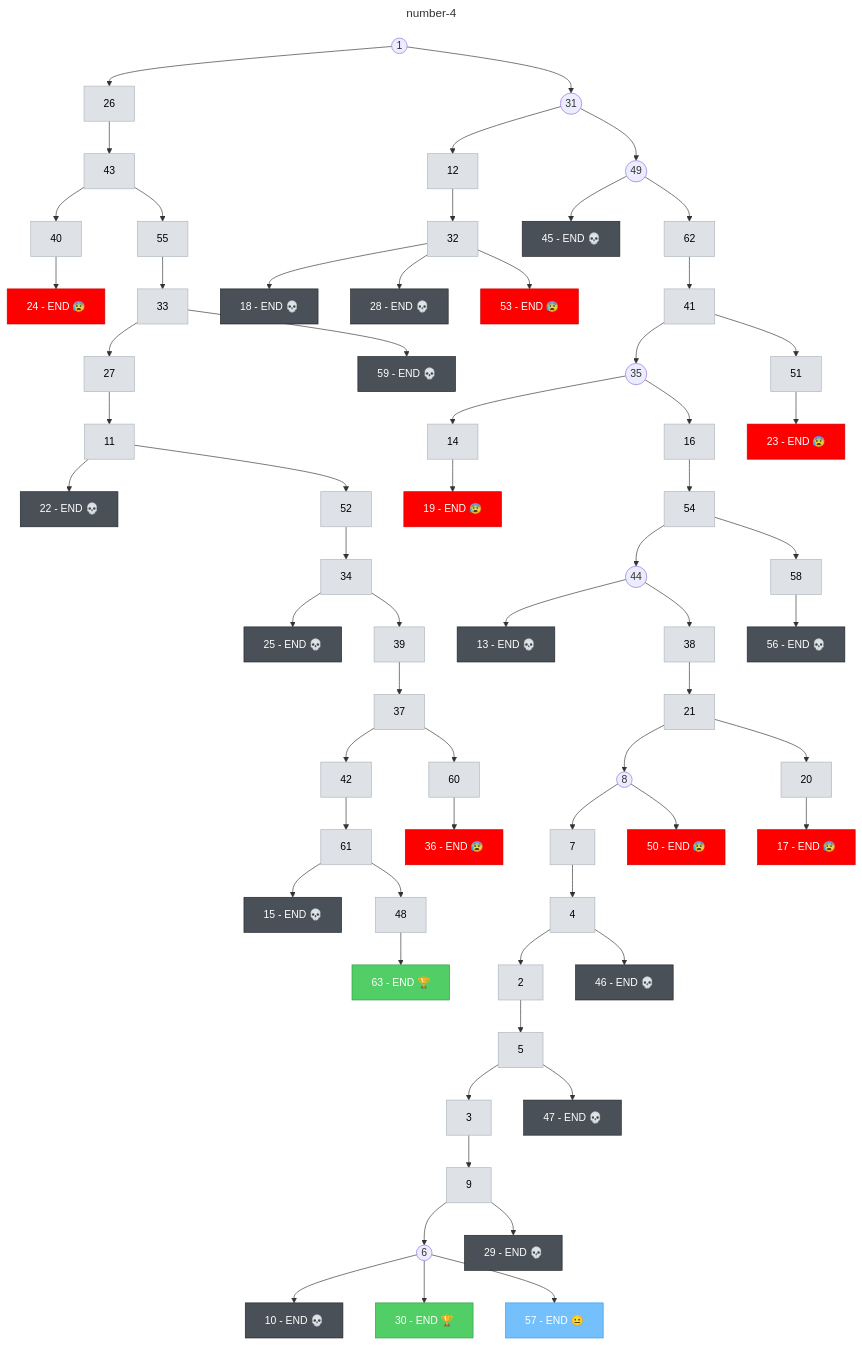
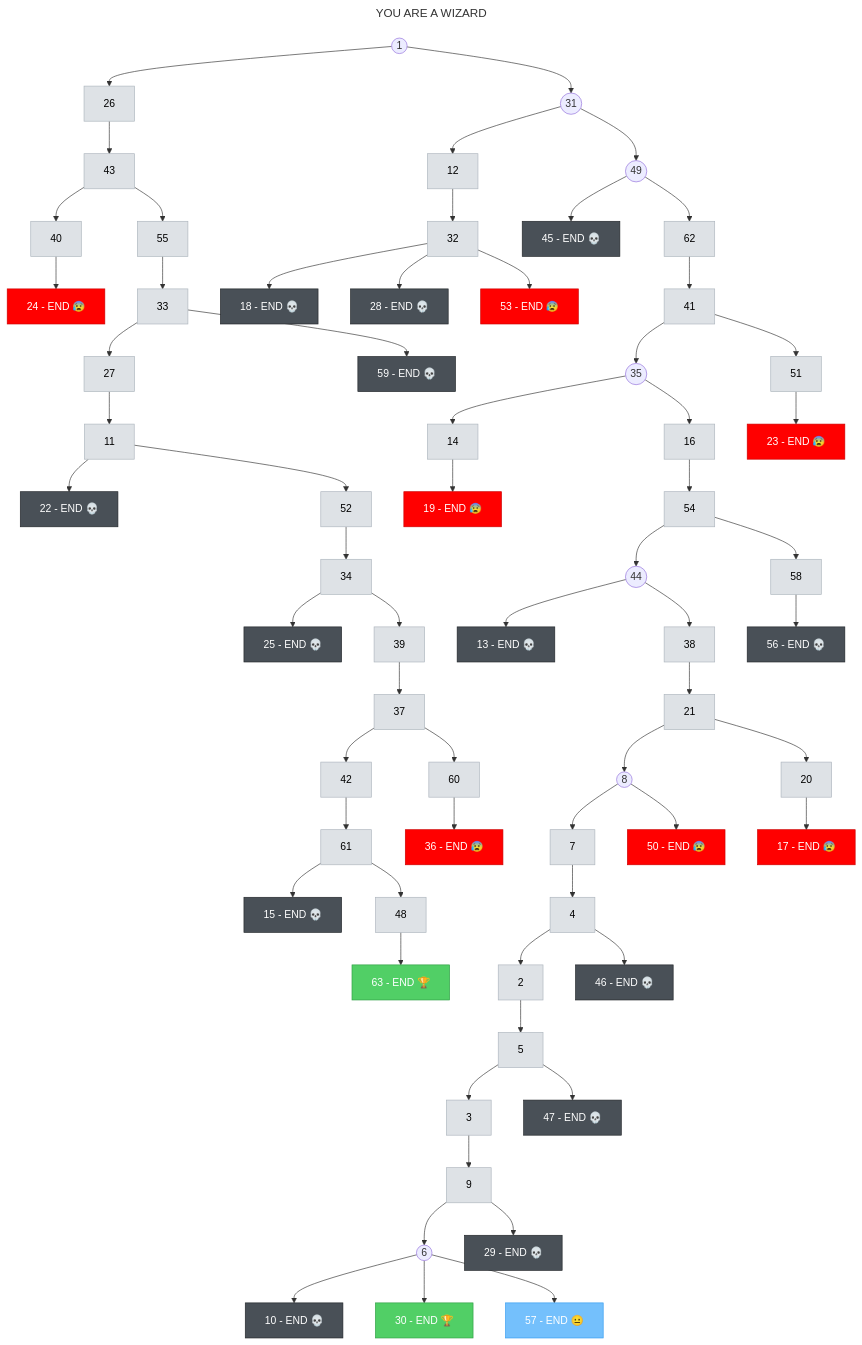
The diagram in number-4/output/structure.mmd (nicodevs/can-claude-code-write-a-good-choose-your-own-adventure-book), drawn with Mermaid before and after one commit. The commit also changed 3 other files, not shown here.

Commit message:
Show book title in Mermaid files

```diff
--- a/number-4/output/structure.mmd
+++ b/number-4/output/structure.mmd
@@ -1,141 +1,141 @@
 ---
-title: number-4
+title: YOU ARE A WIZARD
 ---
 flowchart TD
     1((1))
     2[2]:::transition
     3[3]:::transition
     4[4]:::transition
     5[5]:::transition
     6((6))
     7[7]:::transition
     8((8))
     9[9]:::transition
     10[10 - END 💀]:::death
     11[11]:::transition
     12[12]:::transition
     13[13 - END 💀]:::death
     14[14]:::transition
     15[15 - END 💀]:::death
     16[16]:::transition
     17[17 - END 😰]:::bad
     18[18 - END 💀]:::death
     19[19 - END 😰]:::bad
     20[20]:::transition
     21[21]:::transition
     22[22 - END 💀]:::death
     23[23 - END 😰]:::bad
     24[24 - END 😰]:::bad
     25[25 - END 💀]:::death
     26[26]:::transition
     27[27]:::transition
     28[28 - END 💀]:::death
     29[29 - END 💀]:::death
     30[30 - END 🏆]:::good
     31((31))
     32[32]:::transition
     33[33]:::transition
     34[34]:::transition
     35((35))
     36[36 - END 😰]:::bad
     37[37]:::transition
     38[38]:::transition
     39[39]:::transition
     40[40]:::transition
     41[41]:::transition
     42[42]:::transition
     43[43]:::transition
     44((44))
     45[45 - END 💀]:::death
     46[46 - END 💀]:::death
     47[47 - END 💀]:::death
     48[48]:::transition
     49((49))
     50[50 - END 😰]:::bad
     51[51]:::transition
     52[52]:::transition
     53[53 - END 😰]:::bad
     54[54]:::transition
     55[55]:::transition
     56[56 - END 💀]:::death
     57[57 - END 😐]:::neutral
     58[58]:::transition
     59[59 - END 💀]:::death
     60[60]:::transition
     61[61]:::transition
     62[62]:::transition
     63[63 - END 🏆]:::good
     1 --> 26
     1 --> 31
     2 --> 5
     3 --> 9
     4 --> 2
     4 --> 46
     5 --> 3
     5 --> 47
     6 --> 10
     6 --> 30
     6 --> 57
     7 --> 4
     8 --> 7
     8 --> 50
     9 --> 6
     9 --> 29
     11 --> 22
     11 --> 52
     12 --> 32
     14 --> 19
     16 --> 54
     20 --> 17
     21 --> 8
     21 --> 20
     26 --> 43
     27 --> 11
     31 --> 12
     31 --> 49
     32 --> 18
     32 --> 28
     32 --> 53
     33 --> 27
     33 --> 59
     34 --> 25
     34 --> 39
     35 --> 14
     35 --> 16
     37 --> 42
     37 --> 60
     38 --> 21
     39 --> 37
     40 --> 24
     41 --> 35
     41 --> 51
     42 --> 61
     43 --> 40
     43 --> 55
     44 --> 13
     44 --> 38
     48 --> 63
     49 --> 45
     49 --> 62
     51 --> 23
     52 --> 34
     54 --> 44
     54 --> 58
     55 --> 33
     58 --> 56
     60 --> 36
     61 --> 15
     61 --> 48
     62 --> 41
 
     classDef ending fill:#ff6b6b,stroke:#c92a2a,color:#fff
     classDef death fill:#495057,stroke:#212529,color:#fff
     classDef good fill:#51cf66,stroke:#2f9e44,color:#fff
     classDef bad fill:#ff0000,stroke:#cc0000,color:#fff
     classDef neutral fill:#74c0fc,stroke:#339af0,color:#fff
     classDef orphan fill:#ffd43b,stroke:#fab005,color:#000
     classDef convergent fill:#9775fa,stroke:#7048e8,color:#fff
     classDef convergent_end fill:#e599f7,stroke:#be4bdb,color:#000
     classDef transition fill:#dee2e6,stroke:#adb5bd,color:#000
 
     %% 63 pages, 62 edges, 23 endings, 0 orphaned, 0 convergent
```
